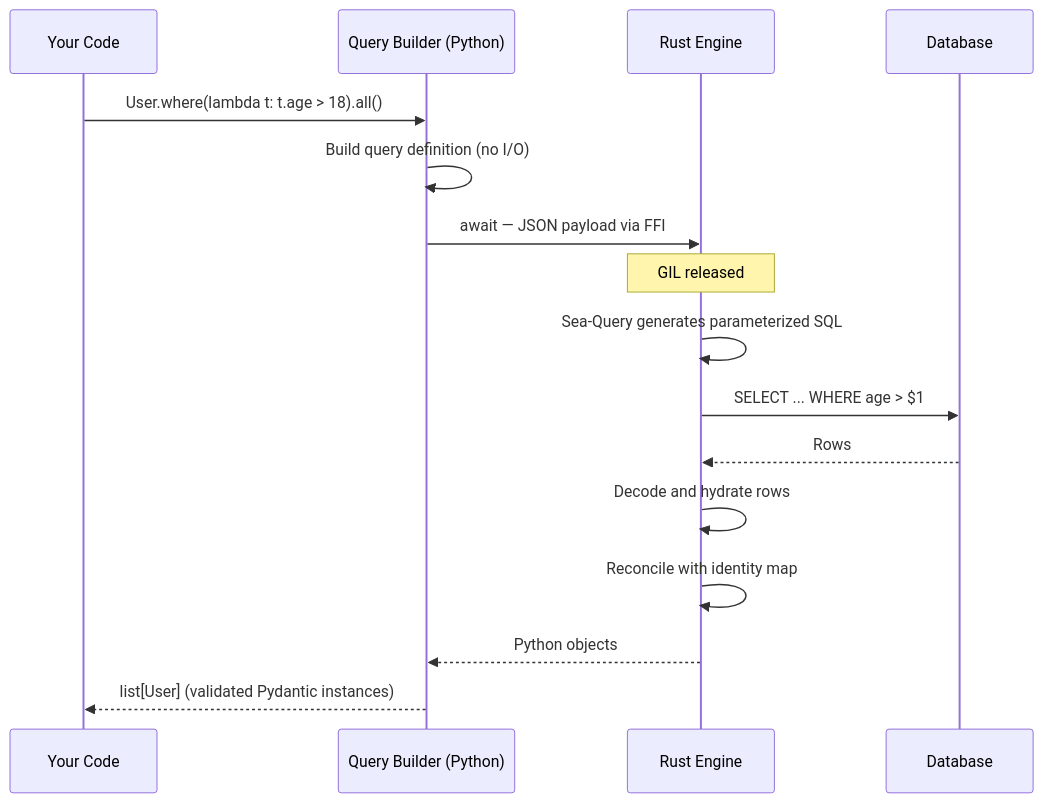
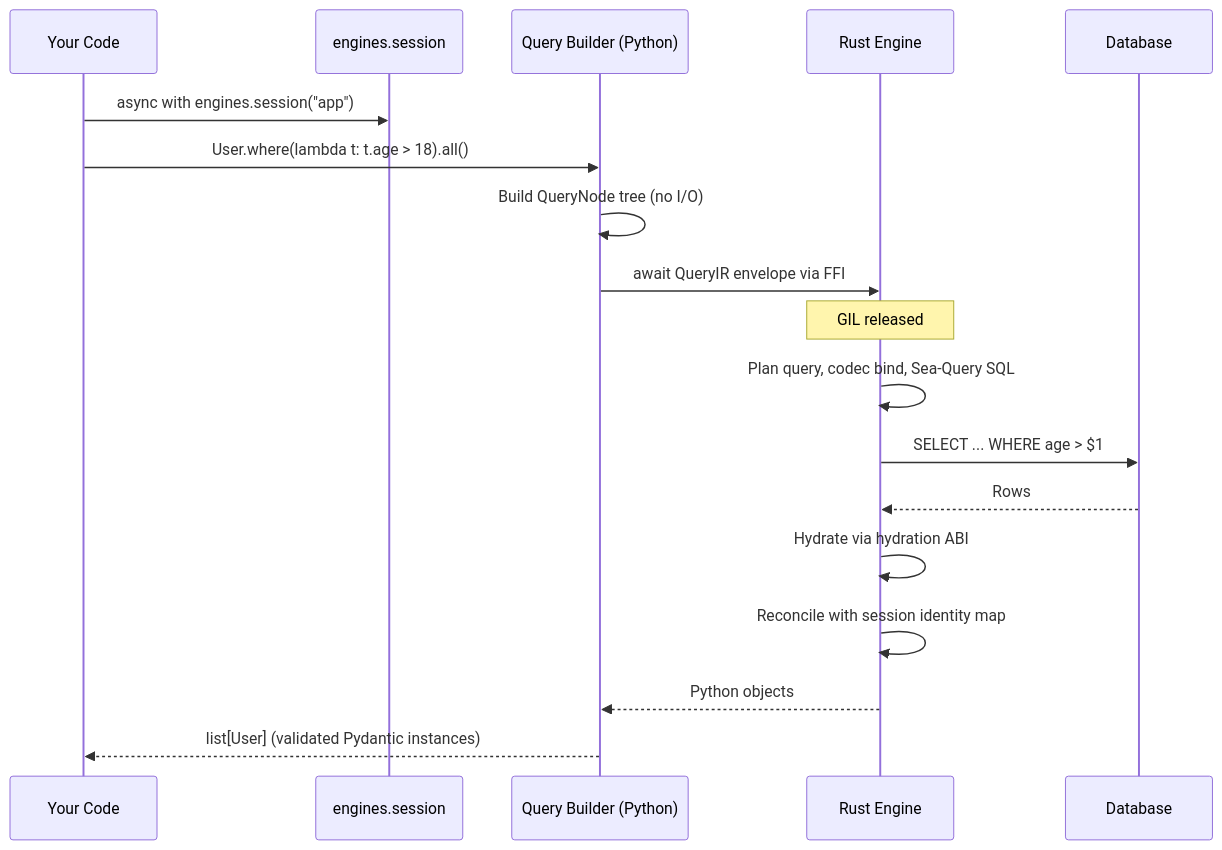
One commit to syn54x/ferro-orm changed the third of 4 diagrams in docs/pages/concepts/architecture.md. Above: the diagram before and after it, drawn with Mermaid. The commit also changed other lines of this file and 75 other files, not shown here.

First line of the commit message:
feat: IR-first architecture program (Phases 0–7) (#116)

````diff
--- a/docs/pages/concepts/architecture.md
+++ b/docs/pages/concepts/architecture.md
@@ -86,19 +124,21 @@
 ```mermaid
 sequenceDiagram
     participant App as Your Code
+    participant Session as engines.session
     participant QB as Query Builder (Python)
     participant Rust as Rust Engine
     participant DB as Database
 
+    App->>Session: async with engines.session("app")
     App->>QB: User.where(lambda t: t.age > 18).all()
-    QB->>QB: Build query definition (no I/O)
-    QB->>Rust: await — JSON payload via FFI
+    QB->>QB: Build QueryNode tree (no I/O)
+    QB->>Rust: await QueryIR envelope via FFI
     Note over Rust: GIL released
-    Rust->>Rust: Sea-Query generates parameterized SQL
+    Rust->>Rust: Plan query, codec bind, Sea-Query SQL
     Rust->>DB: SELECT ... WHERE age > $1
     DB-->>Rust: Rows
-    Rust->>Rust: Decode and hydrate rows
-    Rust->>Rust: Reconcile with identity map
+    Rust->>Rust: Hydrate via hydration ABI
+    Rust->>Rust: Reconcile with session identity map
     Rust-->>QB: Python objects
     QB-->>App: list[User] (validated Pydantic instances)
 ```
````
